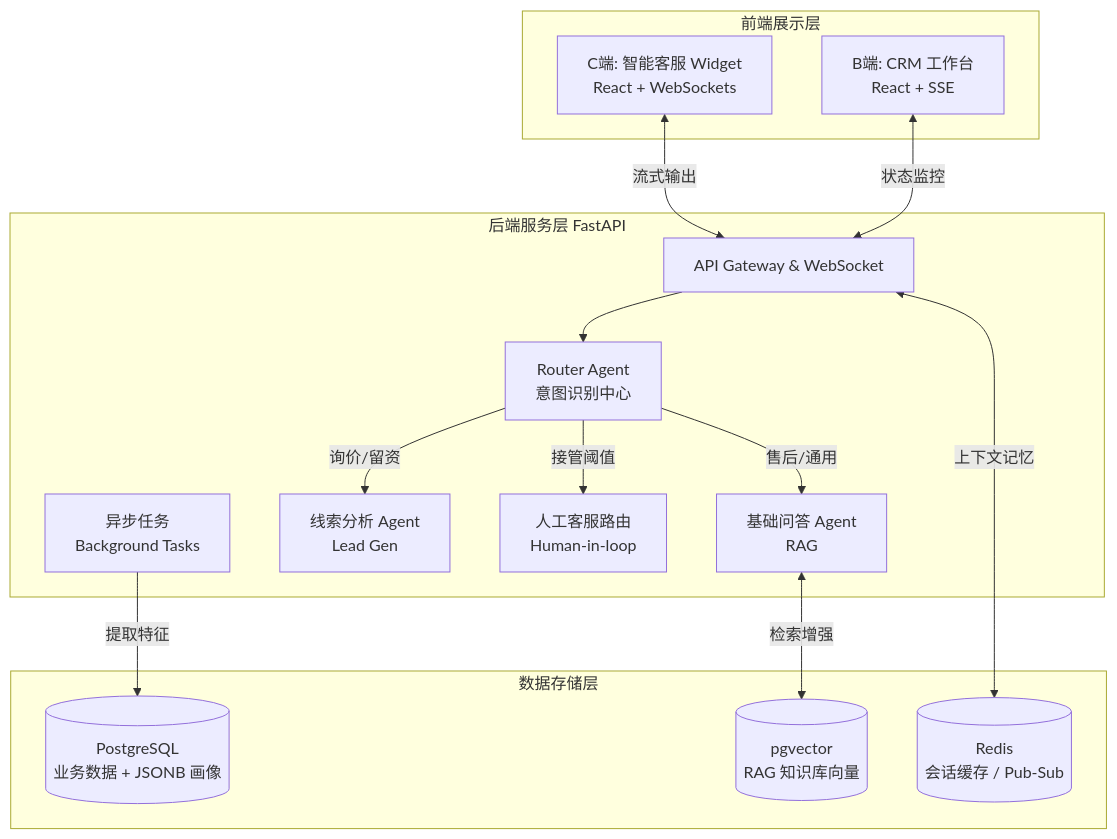
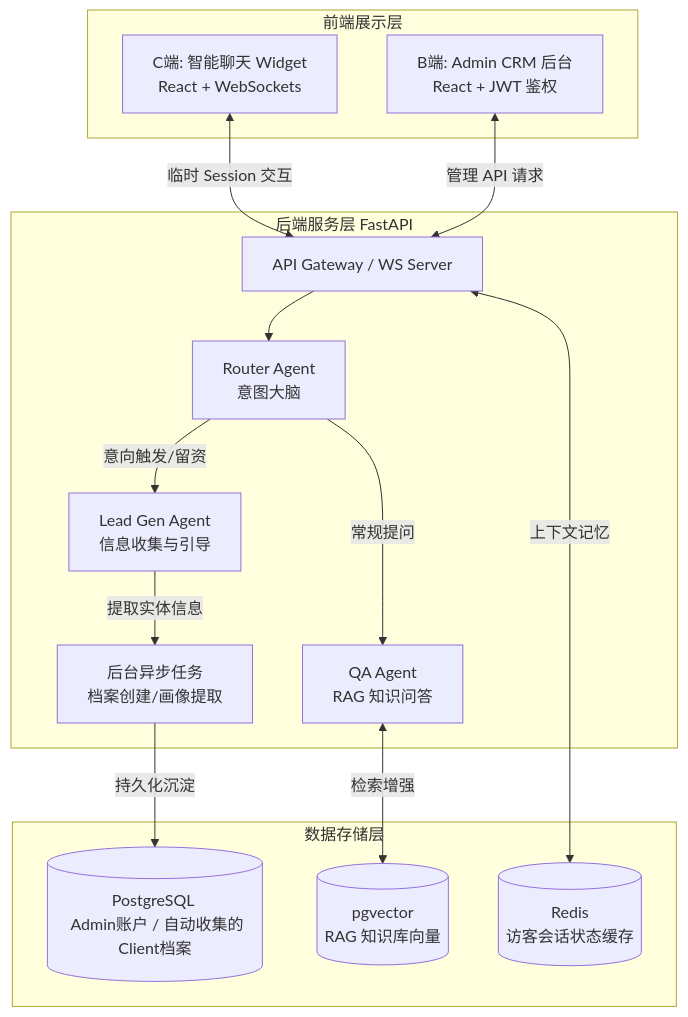
Before and after one commit to NGU-forever/PM-AI-web: the diagram in README.md, drawn with Mermaid. The commit also changed other lines of this file, not shown here.

First line of the commit message:
docs: revise README for AI Sales & CRM System - fx

````diff
--- a/README.md
+++ b/README.md
@@ -24,33 +27,32 @@
 ```mermaid
 graph TD
     subgraph 前端展示层
-        A[C端: 智能客服 Widget <br> React + WebSockets]
-        B[B端: CRM 工作台 <br> React + SSE]
+        A[C端: 智能聊天 Widget <br> React + WebSockets]
+        B[B端: Admin CRM 后台 <br> React + JWT 鉴权]
     end
 
     subgraph 后端服务层 FastAPI
-        C[API Gateway & WebSocket]
-        D[Router Agent <br> 意图识别中心]
-        E[基础问答 Agent <br> RAG]
-        F[线索分析 Agent <br> Lead Gen]
-        G[人工客服路由 <br> Human-in-loop]
-        H[异步任务 <br> Background Tasks]
+        C[API Gateway / WS Server]
+        D[Router Agent <br> 意图大脑]
+        E[QA Agent <br> RAG 知识问答]
+        F[Lead Gen Agent <br> 信息收集与引导]
+        G[后台异步任务 <br> 档案创建/画像提取]
     end
 
     subgraph 数据存储层
-        I[(PostgreSQL <br> 业务数据 + JSONB 画像)]
-        J[(pgvector <br> RAG 知识库向量)]
-        K[(Redis <br> 会话缓存 / Pub-Sub)]
+        H[(PostgreSQL <br> Admin账户 / 自动收集的Client档案)]
+        I[(pgvector <br> RAG 知识库向量)]
+        J[(Redis <br> 访客会话状态缓存)]
     end
 
-    A <-->|流式输出| C
-    B <-->|状态监控| C
+    A <-->|临时 Session 交互| C
+    B <-->|管理 API 请求| C
     C --> D
-    D -->|售后/通用| E
-    D -->|询价/留资| F
-    D -->|接管阈值| G
-    E <-->|检索增强| J
-    H -->|提取特征| I
-    C <-->|上下文记忆| K
+    D -->|常规提问| E
+    D -->|意向触发/留资| F
+    E <-->|检索增强| I
+    F -->|提取实体信息| G
+    G -->|持久化沉淀| H
+    C <-->|上下文记忆| J
 
 ```
````
